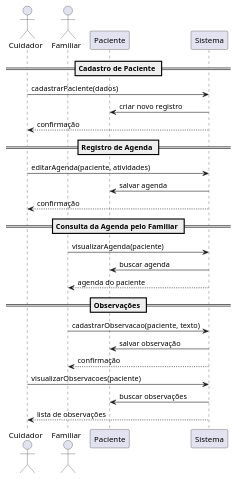
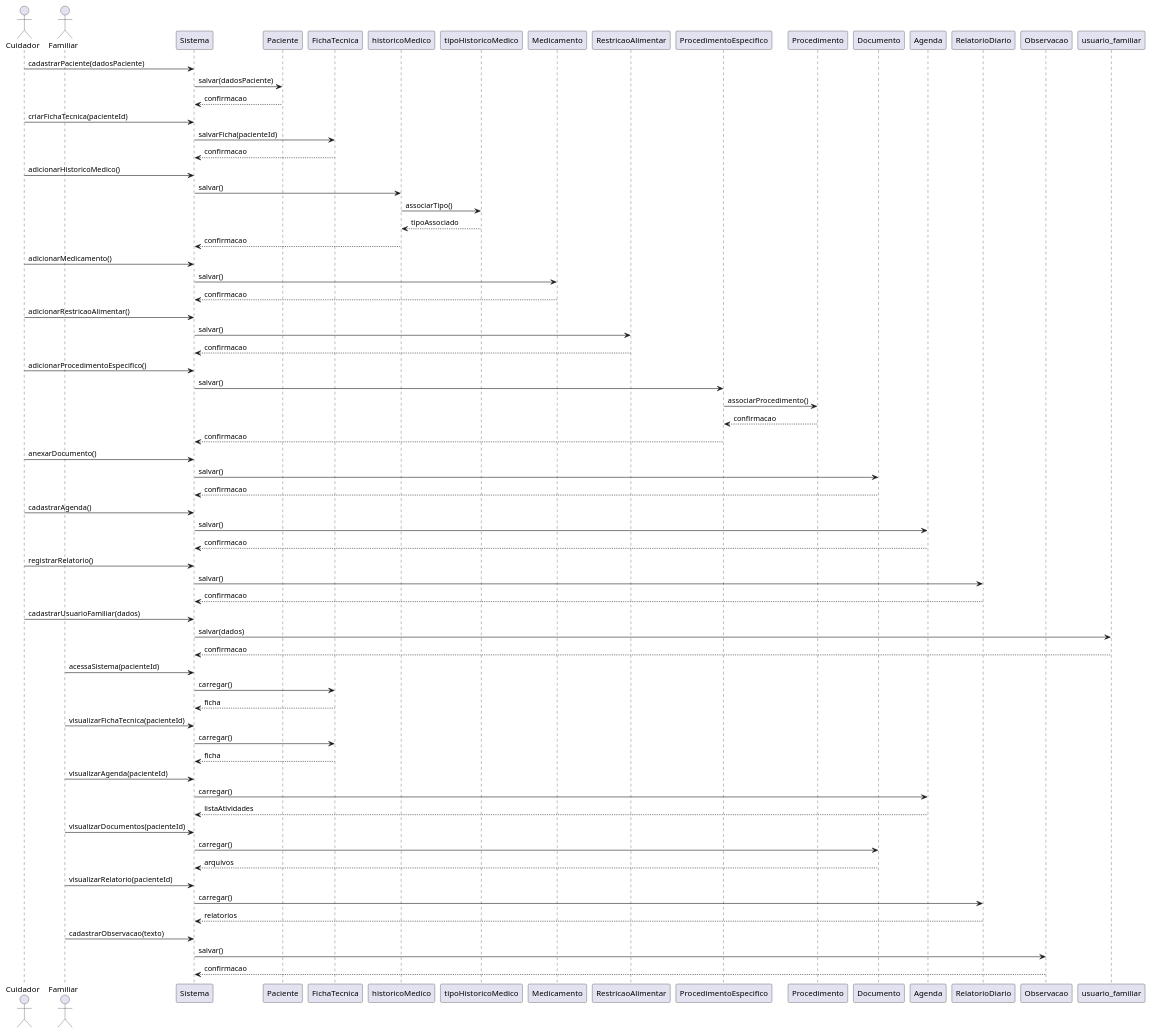
Before and after one commit to thomGM/lab-desenvolvimento-software-Thomaz: the diagram in diagramaDeSequencia.puml, drawn with PlantUML.

Commit message:
conslusão do diagrama de sequencia

```diff
--- a/diagramaDeSequencia.puml
+++ b/diagramaDeSequencia.puml
@@ -1,30 +1,93 @@
 @startuml
 actor Cuidador
 actor Familiar
+participant Sistema
 participant Paciente
-participant Sistema
+participant FichaTecnica
+participant historicoMedico
+participant tipoHistoricoMedico
+participant Medicamento
+participant RestricaoAlimentar
+participant ProcedimentoEspecifico
+participant Procedimento
+participant Documento
+participant Agenda
+participant RelatorioDiario
+participant Observacao
+participant usuario_familiar
 
-== Cadastro de Paciente ==
-Cuidador -> Sistema: cadastrarPaciente(dados)
-Sistema -> Paciente: criar novo registro
-Sistema --> Cuidador: confirmação
+' ---------------------------
+' Fluxo do Cuidador
+' ---------------------------
+Cuidador -> Sistema : cadastrarPaciente(dadosPaciente)
+Sistema -> Paciente : salvar(dadosPaciente)
+Paciente --> Sistema : confirmacao
 
-== Registro de Agenda ==
-Cuidador -> Sistema: editarAgenda(paciente, atividades)
-Sistema -> Paciente: salvar agenda
-Sistema --> Cuidador: confirmação
+Cuidador -> Sistema : criarFichaTecnica(pacienteId)
+Sistema -> FichaTecnica : salvarFicha(pacienteId)
+FichaTecnica --> Sistema : confirmacao
 
-== Consulta da Agenda pelo Familiar ==
-Familiar -> Sistema: visualizarAgenda(paciente)
-Sistema -> Paciente: buscar agenda
-Sistema --> Familiar: agenda do paciente
+Cuidador -> Sistema : adicionarHistoricoMedico()
+Sistema -> historicoMedico : salvar()
+historicoMedico -> tipoHistoricoMedico : associarTipo()
+tipoHistoricoMedico --> historicoMedico : tipoAssociado
+historicoMedico --> Sistema : confirmacao
 
-== Observações ==
-Familiar -> Sistema: cadastrarObservacao(paciente, texto)
-Sistema -> Paciente: salvar observação
-Sistema --> Familiar: confirmação
+Cuidador -> Sistema : adicionarMedicamento()
+Sistema -> Medicamento : salvar()
+Medicamento --> Sistema : confirmacao
 
-Cuidador -> Sistema: visualizarObservacoes(paciente)
-Sistema -> Paciente: buscar observações
-Sistema --> Cuidador: lista de observações
+Cuidador -> Sistema : adicionarRestricaoAlimentar()
+Sistema -> RestricaoAlimentar : salvar()
+RestricaoAlimentar --> Sistema : confirmacao
+
+Cuidador -> Sistema : adicionarProcedimentoEspecifico()
+Sistema -> ProcedimentoEspecifico : salvar()
+ProcedimentoEspecifico -> Procedimento : associarProcedimento()
+Procedimento --> ProcedimentoEspecifico : confirmacao
+ProcedimentoEspecifico --> Sistema : confirmacao
+
+Cuidador -> Sistema : anexarDocumento()
+Sistema -> Documento : salvar()
+Documento --> Sistema : confirmacao
+
+Cuidador -> Sistema : cadastrarAgenda()
+Sistema -> Agenda : salvar()
+Agenda --> Sistema : confirmacao
+
+Cuidador -> Sistema : registrarRelatorio()
+Sistema -> RelatorioDiario : salvar()
+RelatorioDiario --> Sistema : confirmacao
+
+Cuidador -> Sistema : cadastrarUsuarioFamiliar(dados)
+Sistema -> usuario_familiar : salvar(dados)
+usuario_familiar --> Sistema : confirmacao
+
+' ---------------------------
+' Fluxo do Familiar
+' ---------------------------
+Familiar -> Sistema : acessaSistema(pacienteId)
+Sistema -> FichaTecnica : carregar()
+FichaTecnica --> Sistema : ficha
+
+Familiar -> Sistema : visualizarFichaTecnica(pacienteId)
+Sistema -> FichaTecnica : carregar()
+FichaTecnica --> Sistema : ficha
+
+Familiar -> Sistema : visualizarAgenda(pacienteId)
+Sistema -> Agenda : carregar()
+Agenda --> Sistema : listaAtividades
+
+Familiar -> Sistema : visualizarDocumentos(pacienteId)
+Sistema -> Documento : carregar()
+Documento --> Sistema : arquivos
+
+Familiar -> Sistema : visualizarRelatorio(pacienteId)
+Sistema -> RelatorioDiario : carregar()
+RelatorioDiario --> Sistema : relatorios
+
+Familiar -> Sistema : cadastrarObservacao(texto)
+Sistema -> Observacao : salvar()
+Observacao --> Sistema : confirmacao
+
 @enduml
```
